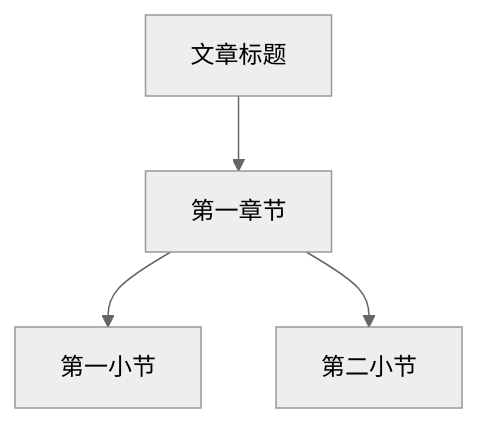
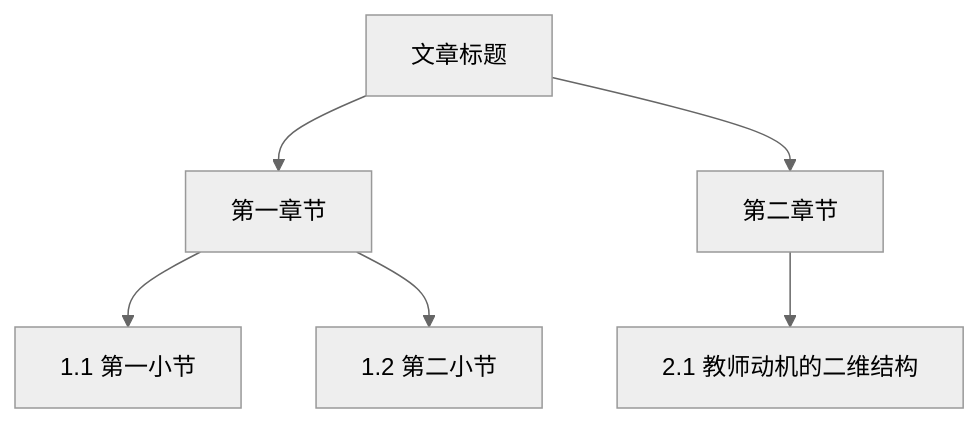
The diagram in prompts/v1.0/guidance_agent.md (jasonhatestomato/ReadingAgent), drawn with Mermaid (neutral theme) before and after one commit. The commit also changed other lines of this file and 12 other files, not shown here.

````diff
--- a/prompts/v1.0/guidance_agent.md
+++ b/prompts/v1.0/guidance_agent.md
@@ -20,6 +22,8 @@
       ```mermaid
       graph TD
           A[文章标题] --> B[第一章节]
-          B --> B1[第一小节]
-          B --> B2[第二小节]
+          B --> B1[1.1 第一小节]
+          B --> B2[1.2 第二小节]
+          A --> C[第二章节]
+          C --> C1[2.1 教师动机的二维结构]
       ```
````
